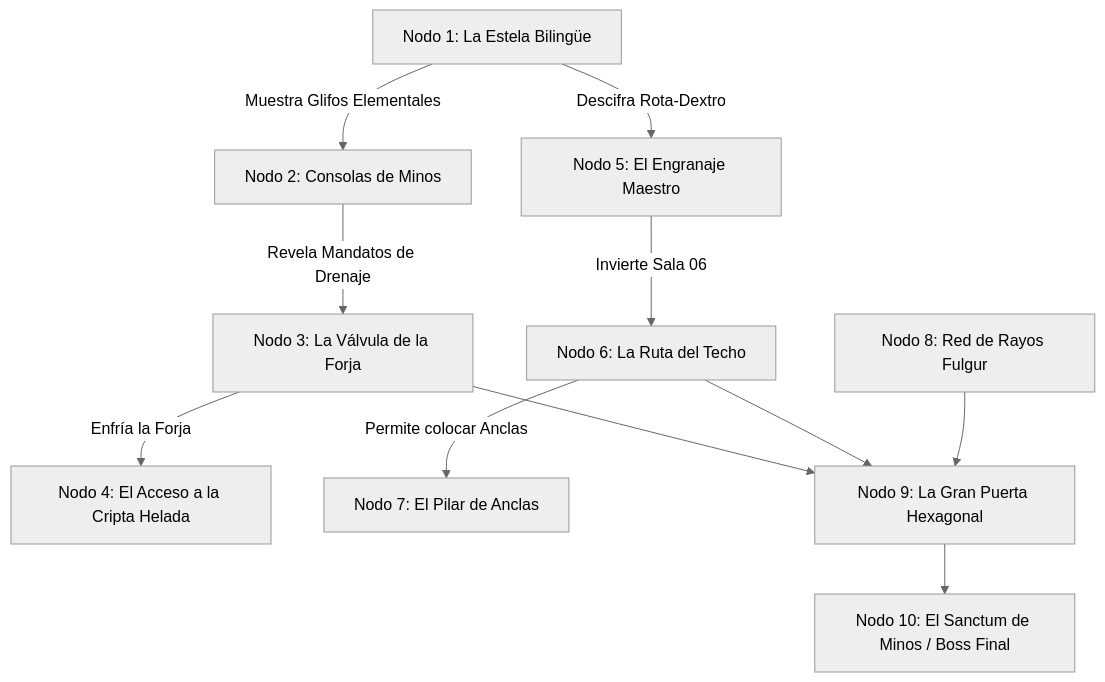
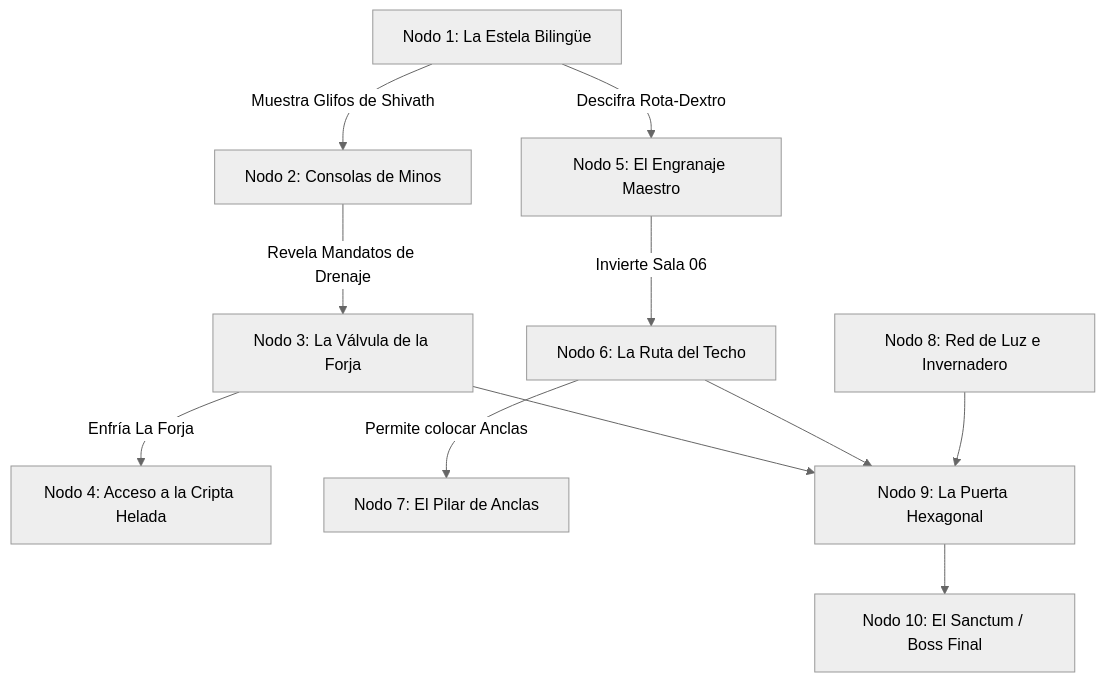
One commit to linkmati/ShivathLyss changed the diagram in 7 - DM/OneShots/ARepeat/05-Ficha_Control_DM_y_Tablero_Rumores.md. Above: the diagram before and after it, drawn with Mermaid (neutral theme). The commit also changed other lines of this file and 6 other files, not shown here.

Commit message:
fix: mermaid diagram parse errors and align elements with Shivath 6 Power Words

````diff
--- a/7 - DM/OneShots/ARepeat/05-Ficha_Control_DM_y_Tablero_Rumores.md
+++ b/7 - DM/OneShots/ARepeat/05-Ficha_Control_DM_y_Tablero_Rumores.md
@@ -12,13 +13,13 @@
 ```mermaid
 graph TD
-    N1[Nodo 1: La Estela Bilingüe] -->|Muestra Glifos Elementales| N2[Nodo 2: Consolas de Minos]
-    N2 -->|Revela Mandatos de Drenaje| N3[Nodo 3: La Válvula de la Forja]
-    N3 -->|Enfría la Forja| N4[Nodo 4: El Acceso a la Cripta Helada]
+    N1["Nodo 1: La Estela Bilingüe"] -->|"Muestra Glifos de Shivath"| N2["Nodo 2: Consolas de Minos"]
+    N2 -->|"Revela Mandatos de Drenaje"| N3["Nodo 3: La Válvula de la Forja"]
+    N3 -->|"Enfría La Forja"| N4["Nodo 4: Acceso a la Cripta Helada"]
     
-    N1 -->|Descifra Rota-Dextro| N5[Nodo 5: El Engranaje Maestro]
-    N5 -->|Invierte Sala 06| N6[Nodo 6: La Ruta del Techo]
-    N6 -->|Permite colocar Anclas| N7[Nodo 7: El Pilar de Anclas]
+    N1 -->|"Descifra Rota-Dextro"| N5["Nodo 5: El Engranaje Maestro"]
+    N5 -->|"Invierte Sala 06"| N6["Nodo 6: La Ruta del Techo"]
+    N6 -->|"Permite colocar Anclas"| N7["Nodo 7: El Pilar de Anclas"]
     
-    N3 & N6 & N8[Nodo 8: Red de Rayos Fulgur] --> N9[Nodo 9: La Gran Puerta Hexagonal]
-    N9 --> N10[Nodo 10: El Sanctum de Minos / Boss Final]
+    N3 & N6 & N8["Nodo 8: Red de Luz e Invernadero"] --> N9["Nodo 9: La Puerta Hexagonal"]
+    N9 --> N10["Nodo 10: El Sanctum / Boss Final"]
 ```
````
